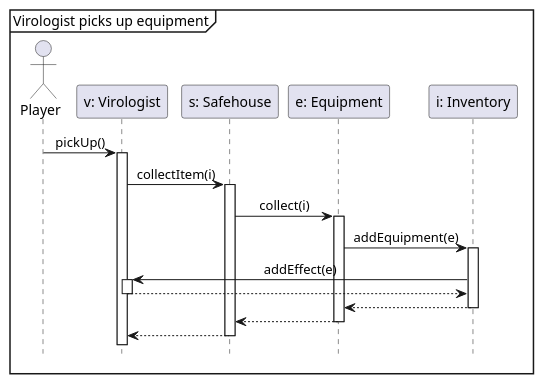
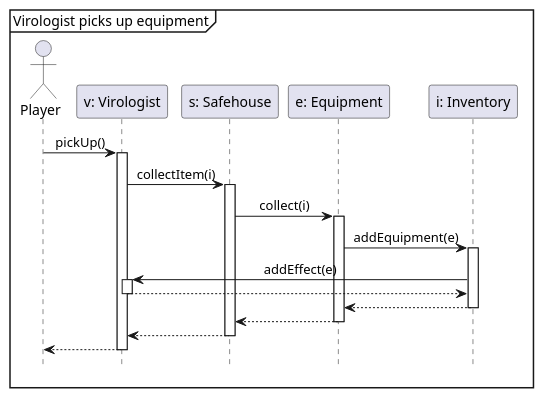
Before and after one commit to Tschonti/503-service-unavailable: the diagram in docs/seqDiagrams/pickUpEquipment.puml, drawn with PlantUML. The commit also changed 14 other files, not shown here.

```diff
--- a/docs/seqDiagrams/pickUpEquipment.puml
+++ b/docs/seqDiagrams/pickUpEquipment.puml
@@ -1,25 +1,26 @@
 @startuml
 'https://plantuml.com/sequence-diagram
 
 hide footbox
 skinparam sequenceMessageAlign center
 
 mainframe Virologist picks up equipment
 
 actor Player as p
 participant "v: Virologist" as v
 participant "s: Safehouse" as s
 participant "e: Equipment" as e
 participant "i: Inventory" as i
 
 p -> v ++ : pickUp()
     v -> s ++ : collectItem(i)
         s -> e ++ : collect(i)
             e -> i ++ : addEquipment(e)
                 i -> v ++ : addEffect(e)
                 return
+            return
         return
     return
 return
 
 @enduml
```
